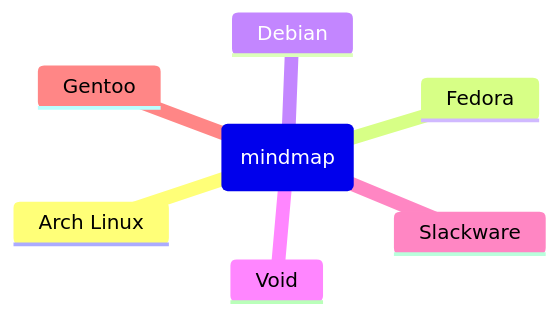
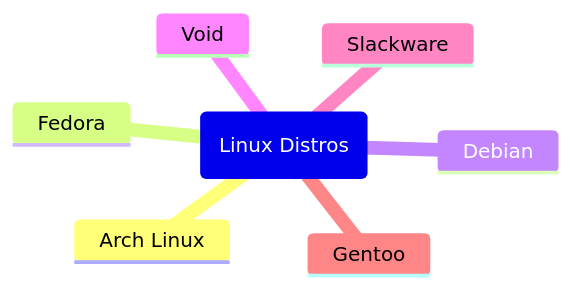
Before and after one commit to frefolli/github-profile: the second of 4 diagrams in README.md, drawn with Mermaid. The commit also changed other lines of this file and 2 other files, not shown here.

````diff
--- a/README.md
+++ b/README.md
@@ -19,10 +19,10 @@
 ```mermaid
 mindmap
-  root(mindmap)
+  root(Linux Distros)
     Arch Linux
     Fedora
     Debian
     Void
     Slackware
     Gentoo
 ```
````
